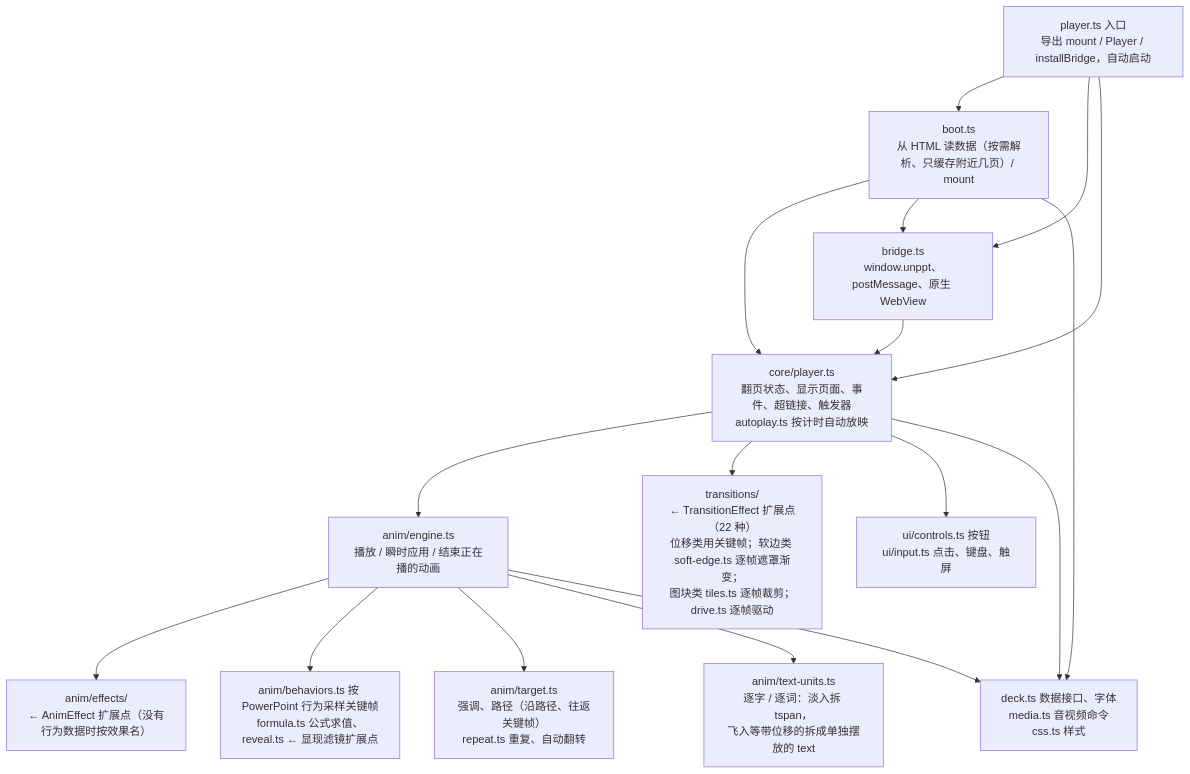
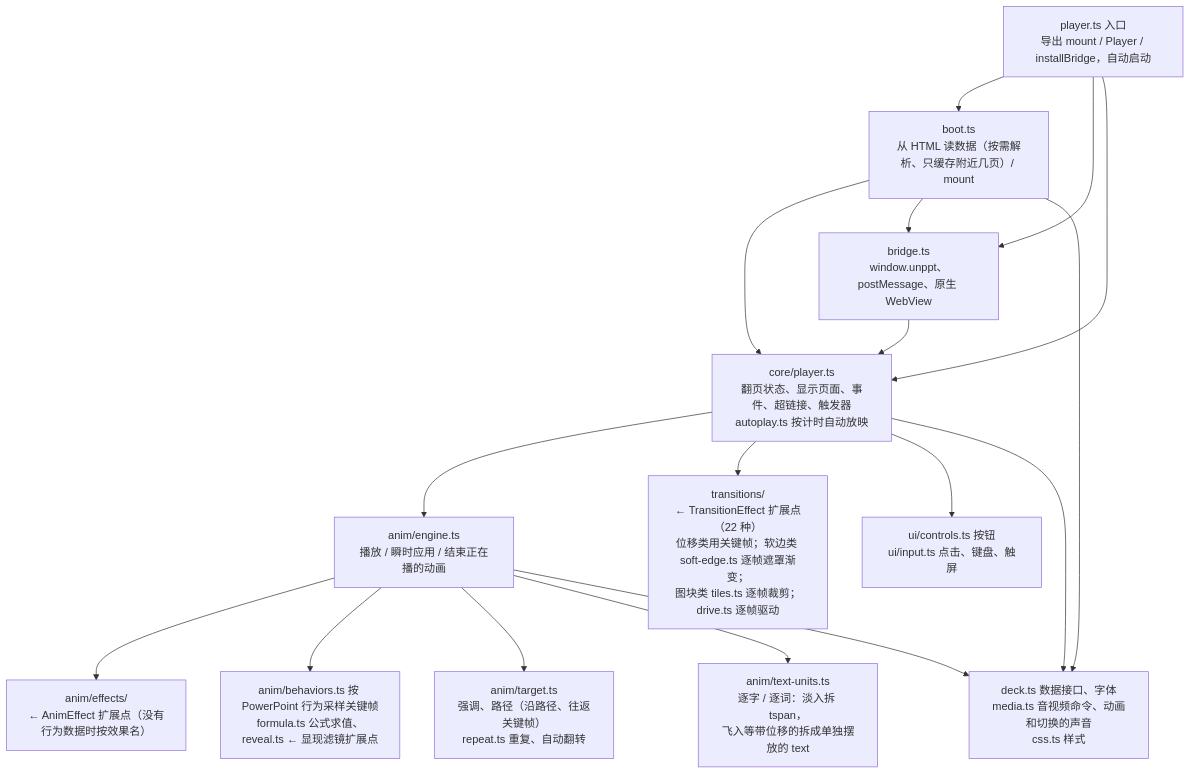
One commit to spitmaster/unppt changed the third of 5 diagrams in docs/architecture.md. Above: the diagram before and after it, drawn with Mermaid. The commit also changed other lines of this file and 22 other files, not shown here.

````diff
--- a/docs/architecture.md
+++ b/docs/architecture.md
@@ -71,20 +71,20 @@
 ```mermaid
 flowchart TB
   entry["player.ts 入口<br/>导出 mount / Player / installBridge，自动启动"]
   boot["boot.ts<br/>从 HTML 读数据（按需解析、只缓存附近几页）/ mount"]
   bridge["bridge.ts<br/>window.unppt、postMessage、原生 WebView"]
   core["core/player.ts<br/>翻页状态、显示页面、事件、超链接、触发器<br/>autoplay.ts 按计时自动放映"]
   engine["anim/engine.ts<br/>播放 / 瞬时应用 / 结束正在播的动画"]
   effects["anim/effects/<br/>← AnimEffect 扩展点（没有行为数据时按效果名）"]
   behav["anim/behaviors.ts 按 PowerPoint 行为采样关键帧<br/>formula.ts 公式求值、reveal.ts ← 显现滤镜扩展点"]
   target["anim/target.ts<br/>强调、路径（沿路径、往返关键帧）<br/>repeat.ts 重复、自动翻转"]
   units["anim/text-units.ts<br/>逐字 / 逐词：淡入拆 tspan，<br/>飞入等带位移的拆成单独摆放的 text"]
   trans["transitions/<br/>← TransitionEffect 扩展点（22 种）<br/>位移类用关键帧；软边类 soft-edge.ts 逐帧遮罩渐变；<br/>图块类 tiles.ts 逐帧裁剪；drive.ts 逐帧驱动"]
   ui["ui/controls.ts 按钮<br/>ui/input.ts 点击、键盘、触屏"]
-  deck["deck.ts 数据接口、字体<br/>media.ts 音视频命令<br/>css.ts 样式"]
+  deck["deck.ts 数据接口、字体<br/>media.ts 音视频命令、动画和切换的声音<br/>css.ts 样式"]
   entry --> boot & bridge & core
   boot --> core & bridge & deck
   bridge --> core
   core --> engine & trans & ui & deck
   engine --> effects & behav & target & units & deck
 ```
````
